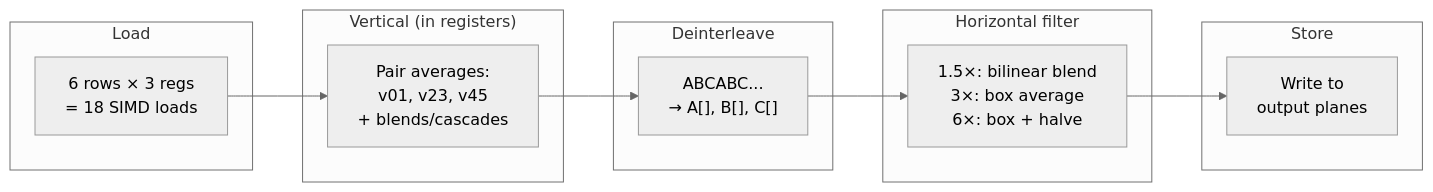
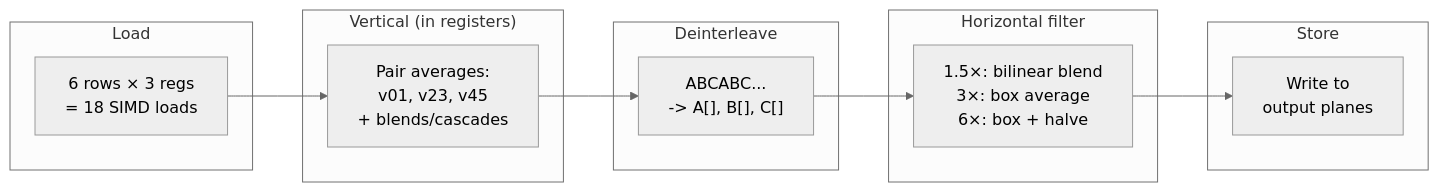
The second of 5 diagrams in docs/ARCHITECTURE.md (kdkd/funnelcake), drawn with Mermaid (neutral theme) before and after one commit. The commit also changed other lines of this file and 34 other files, not shown here.

````diff
--- a/docs/ARCHITECTURE.md
+++ b/docs/ARCHITECTURE.md
@@ -143,24 +150,24 @@
 ```mermaid
 graph LR
     subgraph load["Load"]
         L["6 rows × 3 regs\n= 18 SIMD loads"]
     end
 
     subgraph vert["Vertical (in registers)"]
         V["Pair averages:\nv01, v23, v45\n+ blends/cascades"]
     end
 
     subgraph deint["Deinterleave"]
-        D["ABCABC...\n→ A[], B[], C[]"]
+        D["ABCABC...\n-> A[], B[], C[]"]
     end
 
     subgraph horiz["Horizontal filter"]
         H["1.5×: bilinear blend\n3×: box average\n6×: box + halve"]
     end
 
     subgraph store["Store"]
         S["Write to\noutput planes"]
     end
 
     L --> V --> D --> H --> S
 ```
````
